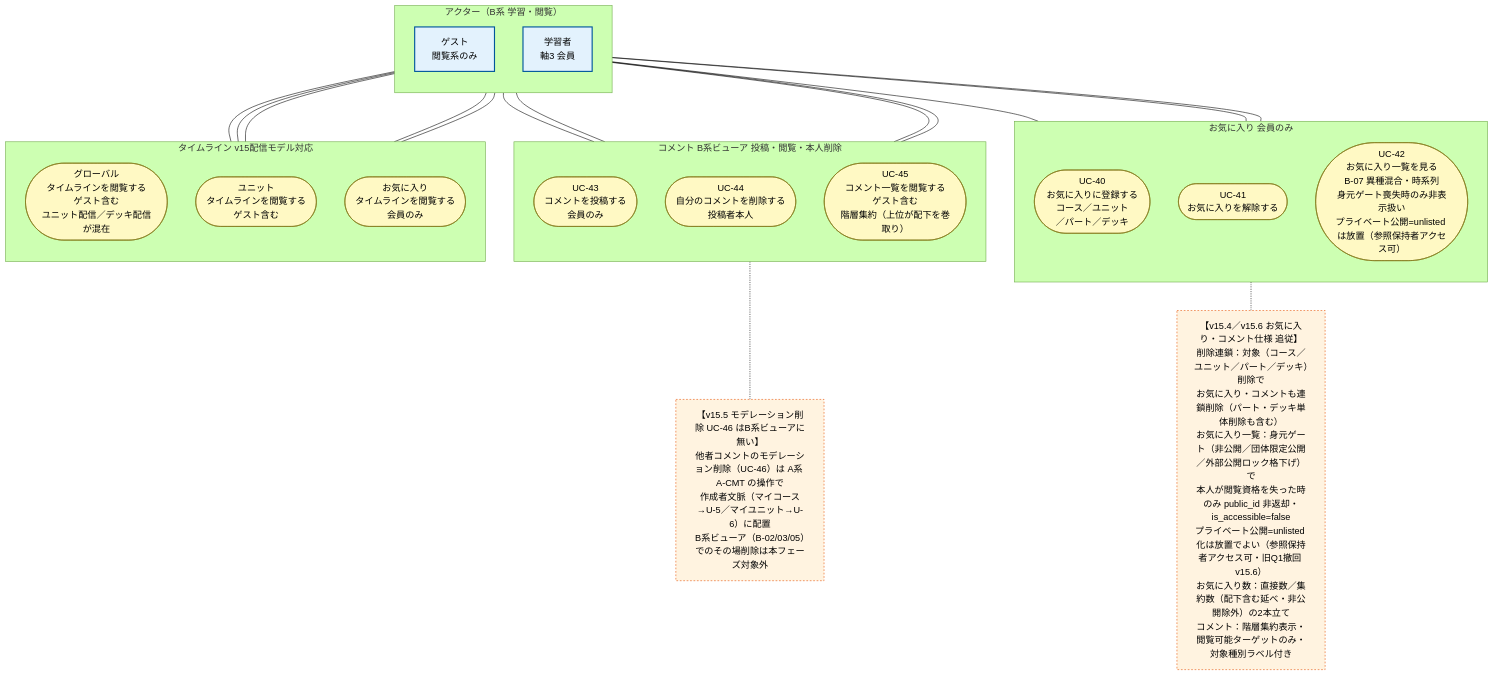
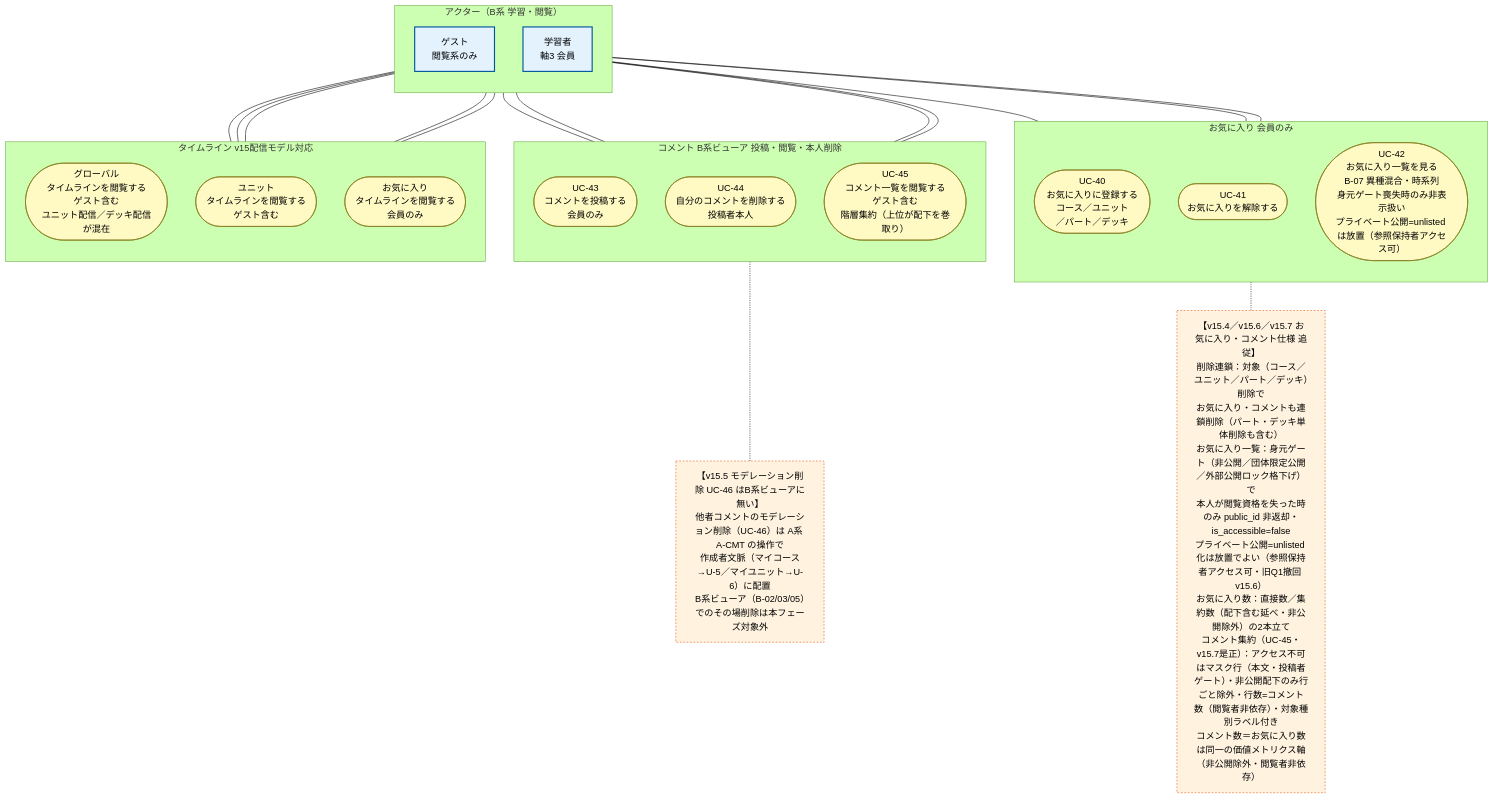
One commit to topicmaker-git/Pages changed the diagram in choi/学習者アプリ_ユースケース図/学習者アプリ_ユースケース図_U4_お気に入りコメントタイムライン.mmd. Above: the diagram before and after it, drawn with Mermaid (forest theme). The commit also changed 8 other files, not shown here.

```diff
--- a/choi/学習者アプリ_ユースケース図/学習者アプリ_ユースケース図_U4_お気に入りコメントタイムライン.mmd
+++ b/choi/学習者アプリ_ユースケース図/学習者アプリ_ユースケース図_U4_お気に入りコメントタイムライン.mmd
@@ -1,55 +1,55 @@
 flowchart TB
 
 classDef actor fill:#e3f2fd,stroke:#01579b,stroke-width:2px,color:#000
 classDef uc fill:#fff9c4,stroke:#827717,stroke-width:1px,color:#000
 classDef note fill:#fff3e0,stroke:#e65100,stroke-width:1px,stroke-dasharray:3 3,color:#000
 
 subgraph A_Actors["アクター（B系 学習・閲覧）"]
     direction TB
     Guest["ゲスト<br/>閲覧系のみ"]:::actor
     Learner["学習者<br/>軸3 会員"]:::actor
 end
 
 subgraph UC_Fav["お気に入り 会員のみ"]
     direction TB
     UC40(["UC-40<br/>お気に入りに登録する<br/>コース／ユニット<br/>／パート／デッキ"])
     UC41(["UC-41<br/>お気に入りを解除する"])
     UC42(["UC-42<br/>お気に入り一覧を見る<br/>B-07 異種混合・時系列<br/>身元ゲート喪失時のみ非表示扱い<br/>プライベート公開=unlisted は放置（参照保持者アクセス可）"])
 end
 
 subgraph UC_Comment["コメント B系ビューア 投稿・閲覧・本人削除"]
     direction TB
     UC43(["UC-43<br/>コメントを投稿する<br/>会員のみ"])
     UC44(["UC-44<br/>自分のコメントを削除する<br/>投稿者本人"])
     UC45(["UC-45<br/>コメント一覧を閲覧する<br/>ゲスト含む<br/>階層集約（上位が配下を巻取り）"])
 end
 
 subgraph UC_Timeline["タイムライン v15配信モデル対応"]
     direction TB
     UCTLAll(["グローバル<br/>タイムラインを閲覧する<br/>ゲスト含む<br/>ユニット配信／デッキ配信が混在"])
     UCTLUnit(["ユニット<br/>タイムラインを閲覧する<br/>ゲスト含む"])
     UCTLFav(["お気に入り<br/>タイムラインを閲覧する<br/>会員のみ"])
 end
 
-NoteV154["【v15.4／v15.6 お気に入り・コメント仕様 追従】<br/>削除連鎖：対象（コース／ユニット／パート／デッキ）削除で<br/>お気に入り・コメントも連鎖削除（パート・デッキ単体削除も含む）<br/>お気に入り一覧：身元ゲート（非公開／団体限定公開／外部公開ロック格下げ）で<br/>本人が閲覧資格を失った時のみ public_id 非返却・is_accessible=false<br/>プライベート公開=unlisted 化は放置でよい（参照保持者アクセス可・旧Q1撤回 v15.6）<br/>お気に入り数：直接数／集約数（配下含む延べ・非公開除外）の2本立て<br/>コメント：階層集約表示・閲覧可能ターゲットのみ・対象種別ラベル付き"]:::note
+NoteV154["【v15.4／v15.6／v15.7 お気に入り・コメント仕様 追従】<br/>削除連鎖：対象（コース／ユニット／パート／デッキ）削除で<br/>お気に入り・コメントも連鎖削除（パート・デッキ単体削除も含む）<br/>お気に入り一覧：身元ゲート（非公開／団体限定公開／外部公開ロック格下げ）で<br/>本人が閲覧資格を失った時のみ public_id 非返却・is_accessible=false<br/>プライベート公開=unlisted 化は放置でよい（参照保持者アクセス可・旧Q1撤回 v15.6）<br/>お気に入り数：直接数／集約数（配下含む延べ・非公開除外）の2本立て<br/>コメント集約（UC-45・v15.7是正）：アクセス不可はマスク行（本文・投稿者ゲート）・非公開配下のみ行ごと除外・行数=コメント数（閲覧者非依存）・対象種別ラベル付き<br/>コメント数＝お気に入り数は同一の価値メトリクス軸（非公開除外・閲覧者非依存）"]:::note
 
 NoteMod["【v15.5 モデレーション削除 UC-46 はB系ビューアに無い】<br/>他者コメントのモデレーション削除（UC-46）は A系 A-CMT の操作で<br/>作成者文脈（マイコース→U-5／マイユニット→U-6）に配置<br/>B系ビューア（B-02/03/05）でのその場削除は本フェーズ対象外"]:::note
 
 Guest --- UC45
 Guest --- UCTLAll
 Guest --- UCTLUnit
 
 Learner --- UC40
 Learner --- UC41
 Learner --- UC42
 Learner --- UC43
 Learner --- UC44
 Learner --- UC45
 Learner --- UCTLAll
 Learner --- UCTLUnit
 Learner --- UCTLFav
 
 UC42 -.- NoteV154
 UC45 -.- NoteMod
 
 class UC40,UC41,UC42,UC43,UC44,UC45,UCTLAll,UCTLUnit,UCTLFav uc
```
